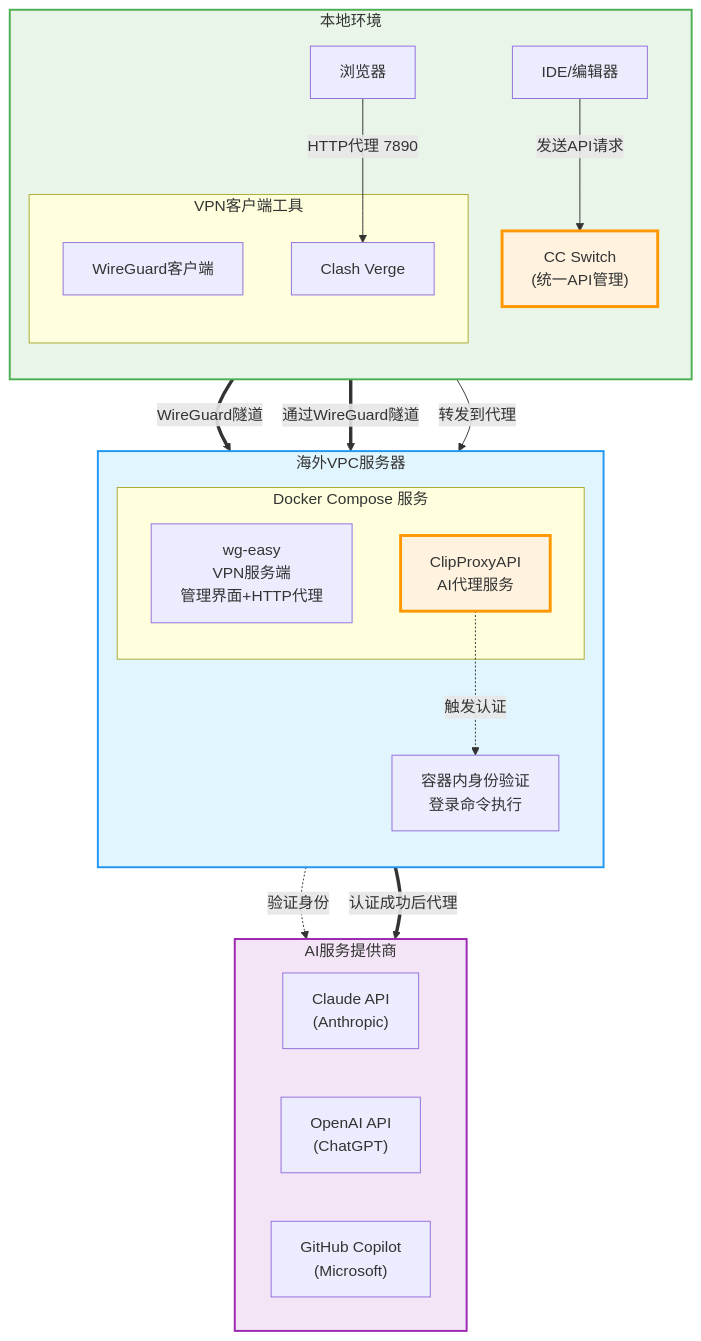
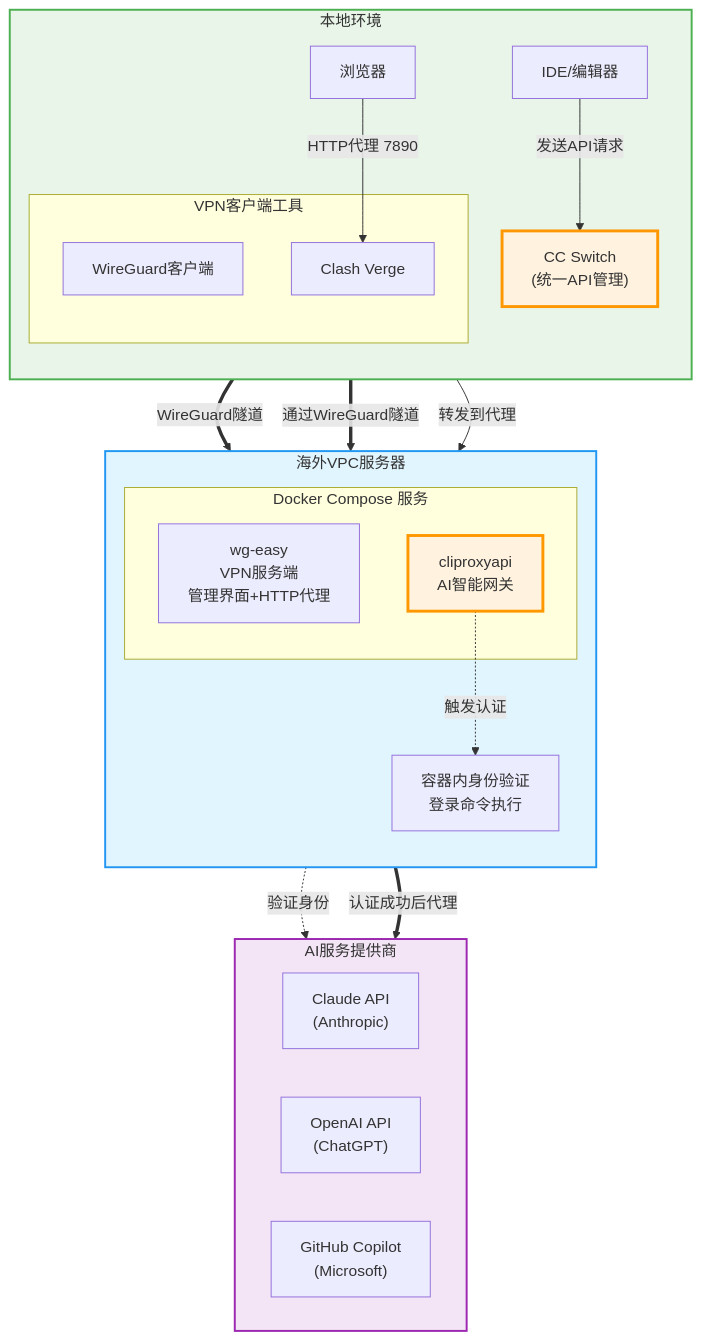
One commit to zhaofutao04/zblog changed the diagram in docs/_posts/overseas-dev-environment.md. Above: the diagram before and after it, drawn with Mermaid. The commit also changed other lines of this file, not shown here.

First line of the commit message:
docs: 修正 cliproxyapi 产品信息

````diff
--- a/docs/_posts/overseas-dev-environment.md
+++ b/docs/_posts/overseas-dev-environment.md
@@ -38,59 +38,59 @@
 ```mermaid
 flowchart TD
     subgraph Local["本地环境"]
         direction TB
         Browser[浏览器]
         IDE[IDE/编辑器]
         subgraph VPNClients["VPN客户端工具"]
             WGClient[WireGuard客户端]
             Clash[Clash Verge]
         end
         CCSwitch["CC Switch<br/>(统一API管理)"]
     end
 
     subgraph VPC["海外VPC服务器"]
         direction TB
         subgraph DockerServices["Docker Compose 服务"]
             WGEasy["wg-easy<br/>VPN服务端<br/>管理界面+HTTP代理"]
-            ClipProxy["ClipProxyAPI<br/>AI代理服务"]
+            ClipProxy["cliproxyapi<br/>AI智能网关"]
         end
         LoginProcess["容器内身份验证<br/>登录命令执行"]
     end
 
     subgraph AIServices["AI服务提供商"]
         direction LR
         Claude["Claude API<br/>(Anthropic)"]
         OpenAI["OpenAI API<br/>(ChatGPT)"]
         GitHub["GitHub Copilot<br/>(Microsoft)"]
     end
 
     %% 浏览器通过本地代理访问
     Browser -->|HTTP代理 7890| Clash
 
     %% VPN隧道连接
     WGClient ==>|WireGuard隧道| WGEasy
     Clash ==>|通过WireGuard隧道| WGEasy
 
     %% API调用链路
     IDE -->|发送API请求| CCSwitch
     CCSwitch -->|转发到代理| ClipProxy
 
     %% 认证流程
     ClipProxy -.->|触发认证| LoginProcess
     LoginProcess -.->|验证身份| AIServices
 
     %% 正常API代理
     ClipProxy ==>|认证成功后代理| AIServices
 
     %% 样式定义
     classDef localBox fill:#e8f5e8,stroke:#4caf50,stroke-width:2px
     classDef vpcBox fill:#e1f5fe,stroke:#2196f3,stroke-width:2px
     classDef serviceBox fill:#f3e5f5,stroke:#9c27b0,stroke-width:2px
     classDef keyComponent fill:#fff3e0,stroke:#ff9800,stroke-width:3px
 
     %% 应用样式
     class Local localBox
     class VPC vpcBox
     class AIServices serviceBox
     class CCSwitch,ClipProxy keyComponent
 ```
````
